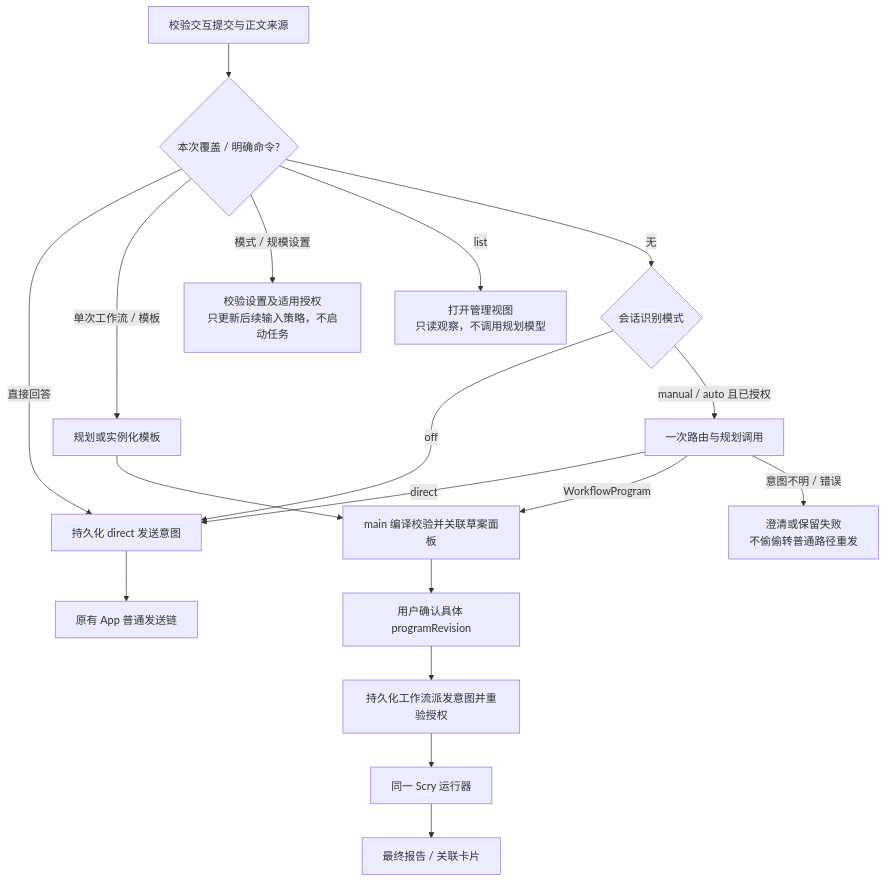
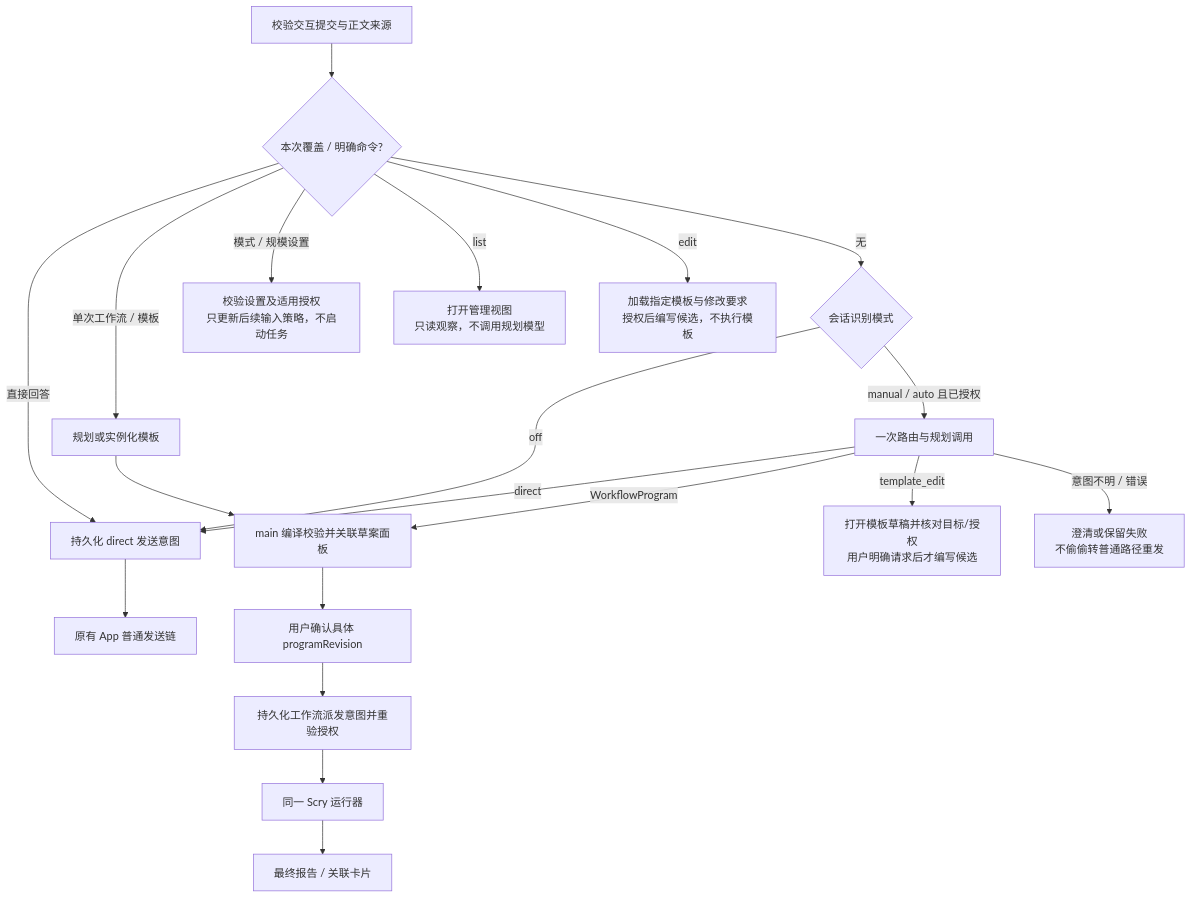
The diagram in designs/scry-workflows/chat-entry-semantics.md (bingjiang0611/scry), drawn with Mermaid before and after one commit. The commit also changed other lines of this file and 5 other files, not shown here.

````diff
--- a/designs/scry-workflows/chat-entry-semantics.md
+++ b/designs/scry-workflows/chat-entry-semantics.md
@@ -99,20 +102,22 @@
 ```mermaid
 flowchart TD
   A[校验交互提交与正文来源] --> B{本次覆盖 / 明确命令?}
   B -->|直接回答| D[持久化 direct 发送意图]
   B -->|单次工作流 / 模板| P[规划或实例化模板]
   B -->|模式 / 规模设置| U[校验设置及适用授权<br/>只更新后续输入策略，不启动任务]
   B -->|list| L[打开管理视图<br/>只读观察，不调用规划模型]
+  B -->|edit| T[加载指定模板与修改要求<br/>授权后编写候选，不执行模板]
   B -->|无| M{会话识别模式}
   M -->|off| D
   M -->|manual / auto 且已授权| R[一次路由与规划调用]
   R -->|direct| D
   R -->|WorkflowProgram| V[main 编译校验并关联草案面板]
+  R -->|template_edit| G[打开模板草稿并核对目标/授权<br/>用户明确请求后才编写候选]
   R -->|意图不明 / 错误| Q[澄清或保留失败<br/>不偷偷转普通路径重发]
   P --> V
   V --> C[用户确认具体 programRevision]
   C --> E[持久化工作流派发意图并重验授权]
   E --> W[同一 Scry 运行器]
   D --> N[原有 App 普通发送链]
   W --> F[最终报告 / 关联卡片]
 ```
````
